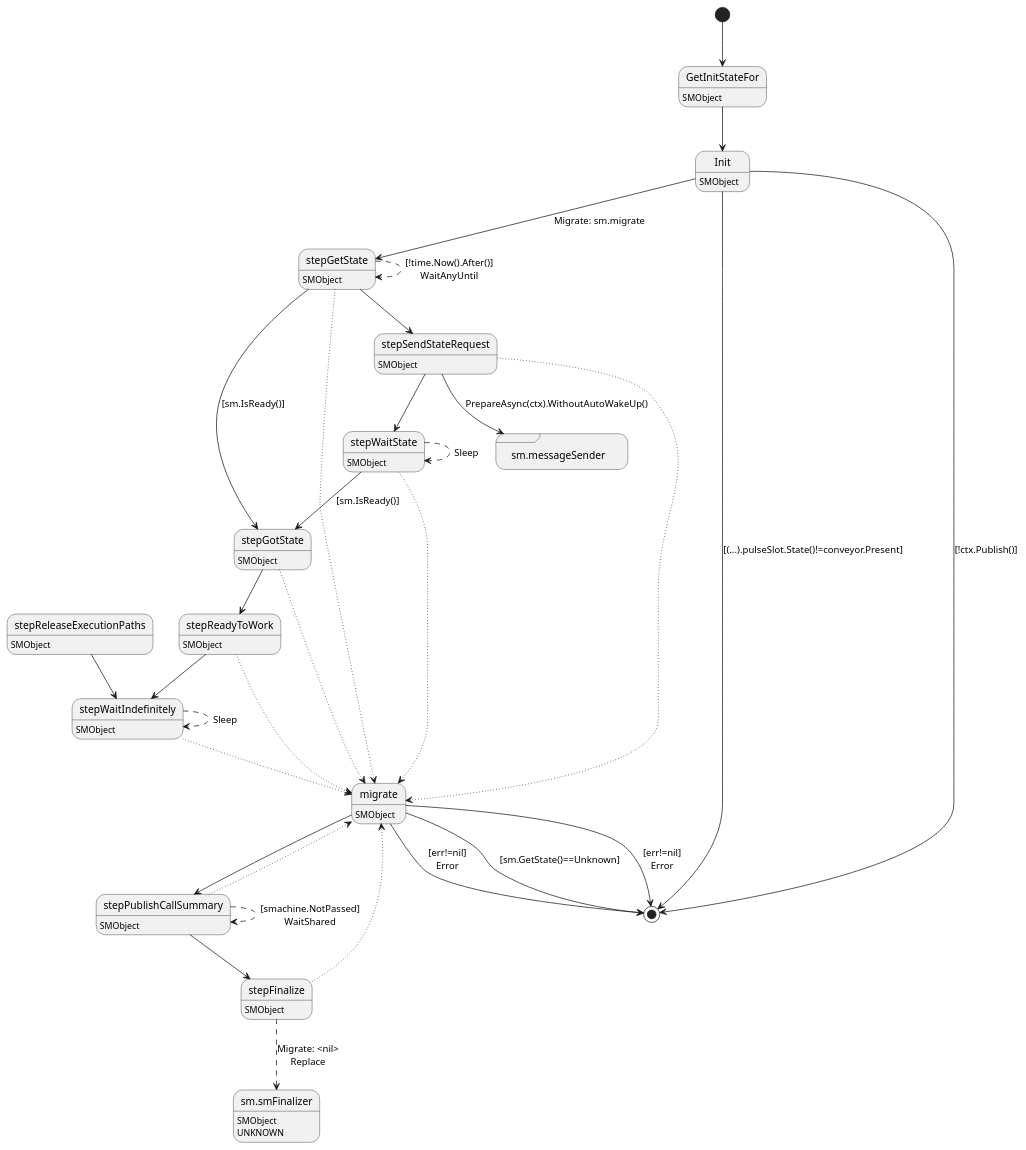
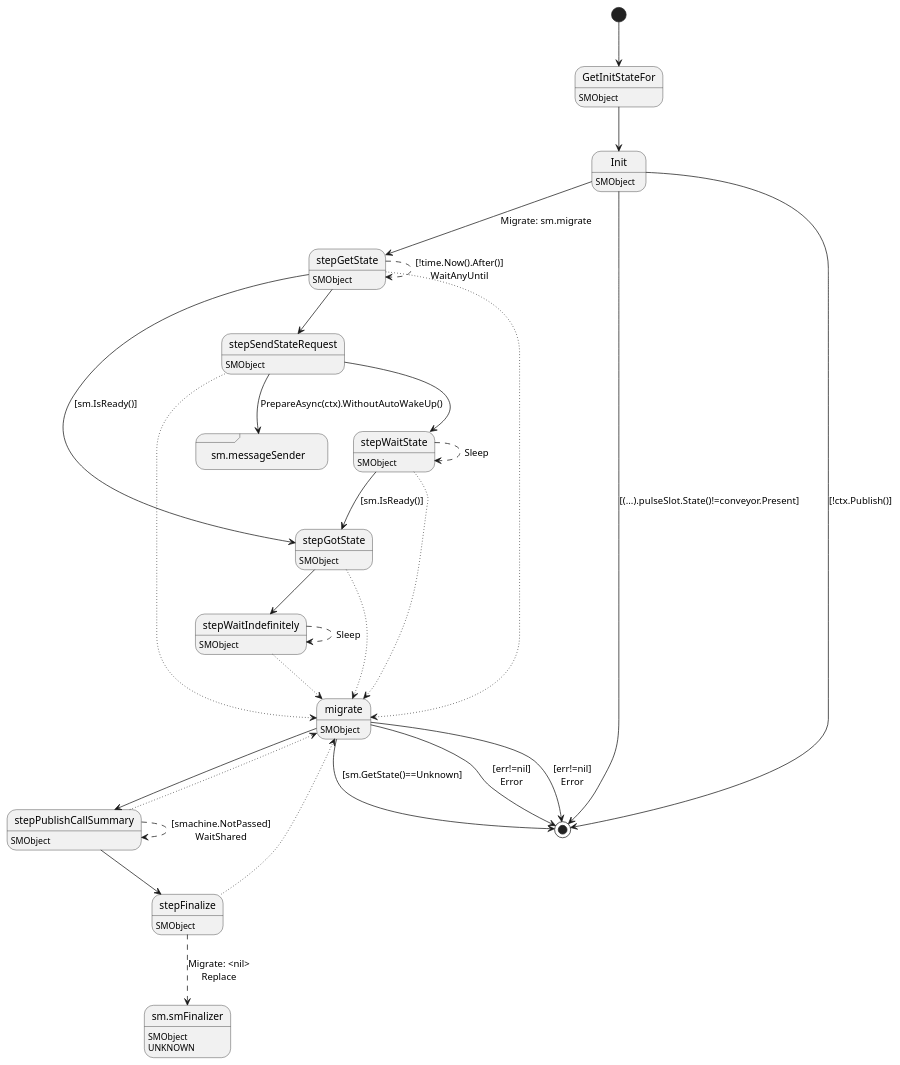
The diagram in ledger-core/virtual/object/object.plantuml (insolar/assured-ledger), drawn with PlantUML before and after one commit. The commit also changed 8 other files, not shown here.

```diff
--- a/ledger-core/virtual/object/object.plantuml
+++ b/ledger-core/virtual/object/object.plantuml
@@ -1,61 +1,54 @@
 @startuml
 state "GetInitStateFor" as T00_S001
 T00_S001 : SMObject
 [*] --> T00_S001
 T00_S001 --> T00_S002
 state "Init" as T00_S002
 T00_S002 : SMObject
 T00_S002 --> [*] : [(...).pulseSlot.State()!=conveyor.Present]
 T00_S002 --> [*] : [!ctx.Publish()]
 T00_S002 --> T00_S005 : Migrate: sm.migrate
-state "migrate" as T00_S011
+state "migrate" as T00_S009
+T00_S009 : SMObject
+T00_S009 --> [*] : [sm.GetState()==Unknown]
+T00_S009 --> [*] : [err!=nil]\nError
+T00_S009 --> [*] : [err!=nil]\nError
+T00_S009 --> T00_S010
+state "sm.messageSender" as T00_S004 <<sdlreceive>>
+state "stepFinalize" as T00_S011
 T00_S011 : SMObject
-T00_S011 --> [*] : [sm.GetState()==Unknown]
-T00_S011 --> [*] : [err!=nil]\nError
-T00_S011 --> [*] : [err!=nil]\nError
-T00_S011 --> T00_S012
-state "sm.messageSender" as T00_S004 <<sdlreceive>>
-state "stepFinalize" as T00_S013
-T00_S013 : SMObject
-T00_S013 --[dotted]> T00_S011
+T00_S011 --[dotted]> T00_S009
 state "sm.smFinalizer" as T00_U001
 T00_U001 : SMObject
 T00_U001 : UNKNOWN 
-T00_S013 --[dashed]> T00_U001 : Migrate: <nil>\nReplace
+T00_S011 --[dashed]> T00_U001 : Migrate: <nil>\nReplace
 state "stepGetState" as T00_S005
 T00_S005 : SMObject
-T00_S005 --[dotted]> T00_S011
+T00_S005 --[dotted]> T00_S009
 T00_S005 --> T00_S007 : [sm.IsReady()]
 T00_S005 --[dashed]> T00_S005 : [!time.Now().After()]\nWaitAnyUntil
 T00_S005 --> T00_S003
 state "stepGotState" as T00_S007
 T00_S007 : SMObject
-T00_S007 --[dotted]> T00_S011
+T00_S007 --[dotted]> T00_S009
 T00_S007 --> T00_S008
-state "stepPublishCallSummary" as T00_S012
-T00_S012 : SMObject
-T00_S012 --[dotted]> T00_S011
-T00_S012 --[dashed]> T00_S012 : [smachine.NotPassed]\nWaitShared
-T00_S012 --> T00_S013
-state "stepReadyToWork" as T00_S008
-T00_S008 : SMObject
-T00_S008 --[dotted]> T00_S011
-T00_S008 --> T00_S009
-state "stepReleaseExecutionPaths" as T00_S010
+state "stepPublishCallSummary" as T00_S010
 T00_S010 : SMObject
-T00_S010 --> T00_S009
+T00_S010 --[dotted]> T00_S009
+T00_S010 --[dashed]> T00_S010 : [smachine.NotPassed]\nWaitShared
+T00_S010 --> T00_S011
 state "stepSendStateRequest" as T00_S003
 T00_S003 : SMObject
-T00_S003 --[dotted]> T00_S011
+T00_S003 --[dotted]> T00_S009
 T00_S003 --> T00_S004 : PrepareAsync(ctx).WithoutAutoWakeUp()
 T00_S003 --> T00_S006
-state "stepWaitIndefinitely" as T00_S009
-T00_S009 : SMObject
-T00_S009 --[dotted]> T00_S011
-T00_S009 --[dashed]> T00_S009 : Sleep
+state "stepWaitIndefinitely" as T00_S008
+T00_S008 : SMObject
+T00_S008 --[dotted]> T00_S009
+T00_S008 --[dashed]> T00_S008 : Sleep
 state "stepWaitState" as T00_S006
 T00_S006 : SMObject
-T00_S006 --[dotted]> T00_S011
+T00_S006 --[dotted]> T00_S009
 T00_S006 --> T00_S007 : [sm.IsReady()]
 T00_S006 --[dashed]> T00_S006 : Sleep
 @enduml
```
